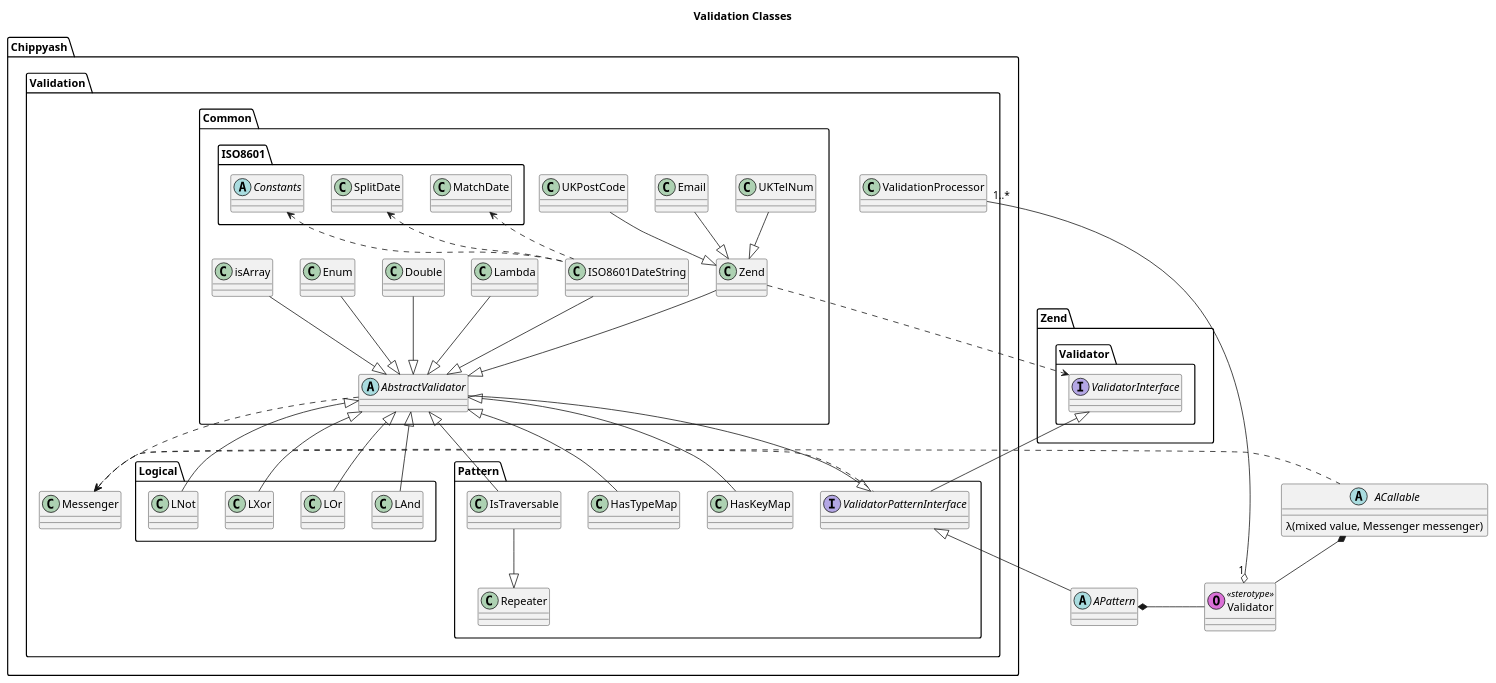
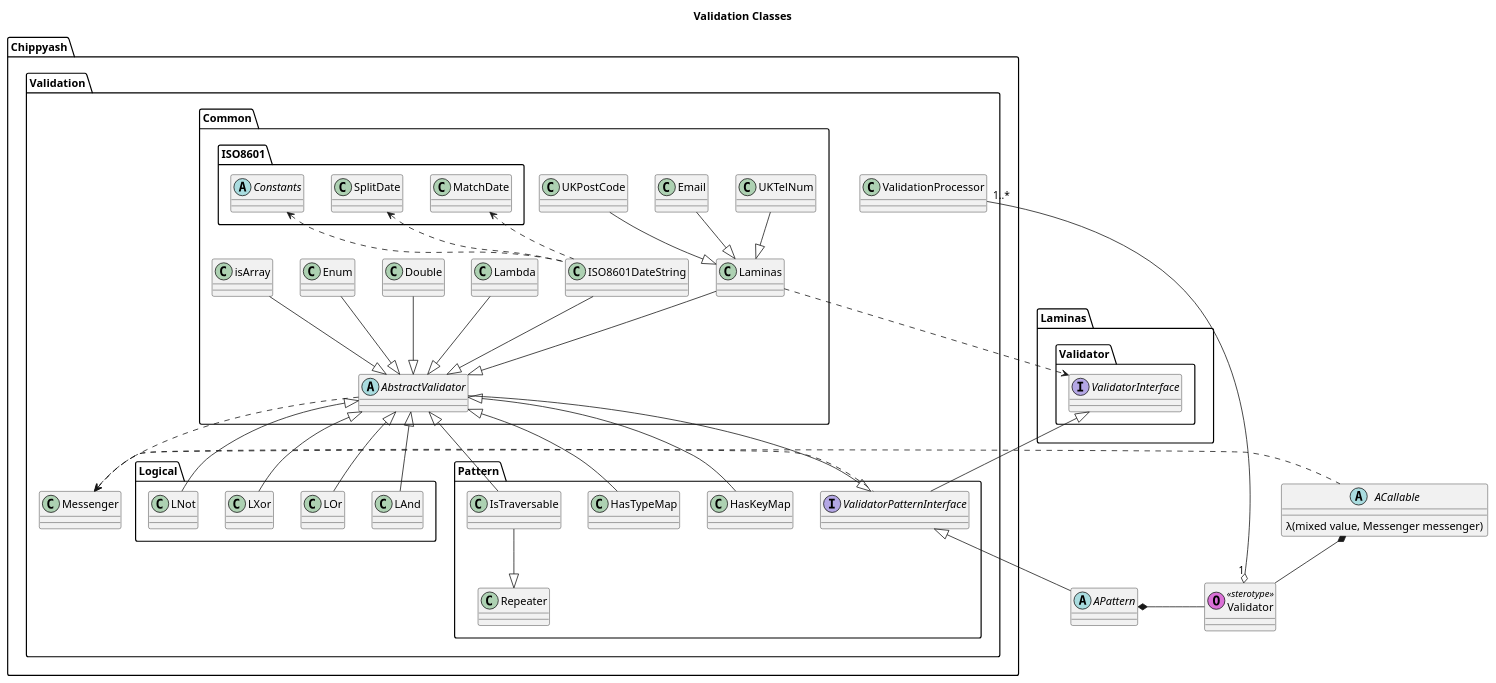
Before and after one commit to chippyash/Validation: the diagram in docs/All Validation Classes.puml, drawn with PlantUML. The commit also changed 65 other files, not shown here.

Commit message:
update to Laminas for Zend. Remove StrongType Dependency. BC break to 7.2 compatibility

```diff
--- a/docs/All Validation Classes.puml
+++ b/docs/All Validation Classes.puml
@@ -1,89 +1,89 @@
 @startuml
 title Validation Classes
 
 abstract class APattern
 abstract class ACallable {
     λ(mixed value, Messenger messenger)
 }
 
-namespace Zend.Validator {
+namespace Laminas.Validator {
     interface ValidatorInterface 
 }
 
 namespace Chippyash.Validation {
     class Messenger
     class ValidationProcessor
     
     namespace Pattern {
         interface ValidatorPatternInterface
         class HasKeyMap
         class HasTypeMap
         class IsTraversable
         class Repeater
     }
 
     namespace Common {
         namespace ISO8601 {
             abstract class Constants
             class MatchDate
             class SplitDate
         }
 
         abstract class AbstractValidator 
         class ISO8601DateString
         class Double
         class Email
         class Enum
         class isArray
         class UKPostCode
         class UKTelNum
         class Lambda
-        class Zend
+        class Laminas
         
     }
 
     namespace Logical {
         class LAnd
         class LOr
         class LXor
         class LNot
     }
 }
 class Validator << (O, orchid) sterotype >>
 
-Zend.Validator.ValidatorInterface <|-- Chippyash.Validation.Pattern.ValidatorPatternInterface
+Laminas.Validator.ValidatorInterface <|-- Chippyash.Validation.Pattern.ValidatorPatternInterface
 Chippyash.Validation.Pattern.ValidatorPatternInterface <|-- .APattern
 Chippyash.Validation.Messenger <.. Chippyash.Validation.Pattern.ValidatorPatternInterface
 
 Chippyash.Validation.Messenger <.. ACallable
 APattern *-right- Validator
 ACallable *-- Validator
 Validator "1" o-- "1..*" Chippyash.Validation.ValidationProcessor
 
 Chippyash.Validation.Common.ISO8601DateString ..up> Chippyash.Validation.Common.ISO8601.Constants
 Chippyash.Validation.Common.ISO8601DateString ..up> Chippyash.Validation.Common.ISO8601.SplitDate
 Chippyash.Validation.Common.ISO8601DateString ..up> Chippyash.Validation.Common.ISO8601.MatchDate
 
 Chippyash.Validation.Common.AbstractValidator --|> Chippyash.Validation.Pattern.ValidatorPatternInterface
 Chippyash.Validation.Common.AbstractValidator ..> Chippyash.Validation.Messenger
-Chippyash.Validation.Common.Zend --|> Chippyash.Validation.Common.AbstractValidator
-Chippyash.Validation.Common.Zend ..> Zend.Validator.ValidatorInterface
-Chippyash.Validation.Common.Email --|> Chippyash.Validation.Common.Zend
-Chippyash.Validation.Common.UKPostCode --|> Chippyash.Validation.Common.Zend
+Chippyash.Validation.Common.Laminas --|> Chippyash.Validation.Common.AbstractValidator
+Chippyash.Validation.Common.Laminas ..> Laminas.Validator.ValidatorInterface
+Chippyash.Validation.Common.Email --|> Chippyash.Validation.Common.Laminas
+Chippyash.Validation.Common.UKPostCode --|> Chippyash.Validation.Common.Laminas
 Chippyash.Validation.Common.Double --|> Chippyash.Validation.Common.AbstractValidator
 Chippyash.Validation.Common.Enum --|> Chippyash.Validation.Common.AbstractValidator
 Chippyash.Validation.Common.ISO8601DateString --|> Chippyash.Validation.Common.AbstractValidator
 Chippyash.Validation.Common.isArray --|> Chippyash.Validation.Common.AbstractValidator
-Chippyash.Validation.Common.UKTelNum --|> Chippyash.Validation.Common.Zend
+Chippyash.Validation.Common.UKTelNum --|> Chippyash.Validation.Common.Laminas
 Chippyash.Validation.Common.Lambda --|> Chippyash.Validation.Common.AbstractValidator
 
 Chippyash.Validation.Logical.LAnd -up-|> Chippyash.Validation.Common.AbstractValidator
 Chippyash.Validation.Logical.LOr -up-|> Chippyash.Validation.Common.AbstractValidator
 Chippyash.Validation.Logical.LXor -down-|> Chippyash.Validation.Common.AbstractValidator
 Chippyash.Validation.Logical.LNot -down-|> Chippyash.Validation.Common.AbstractValidator
 
 Chippyash.Validation.Common.AbstractValidator <|-- Chippyash.Validation.Pattern.HasKeyMap
 Chippyash.Validation.Pattern.HasTypeMap --|> Chippyash.Validation.Common.AbstractValidator
 Chippyash.Validation.Pattern.IsTraversable --|> Chippyash.Validation.Common.AbstractValidator
 Chippyash.Validation.Pattern.IsTraversable --|> Chippyash.Validation.Pattern.Repeater
 @enduml
```
